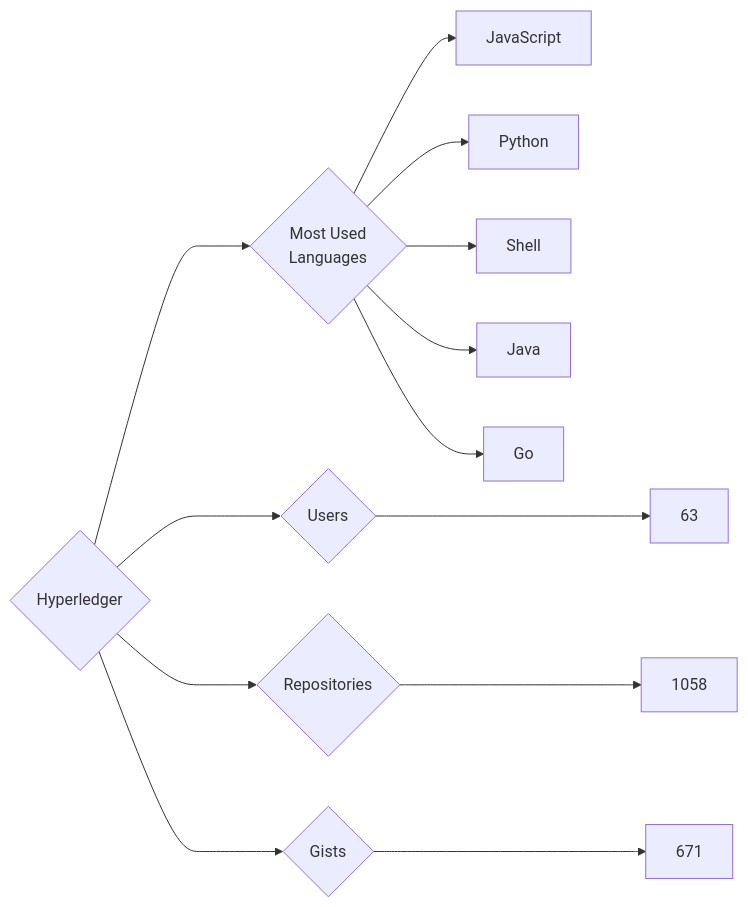
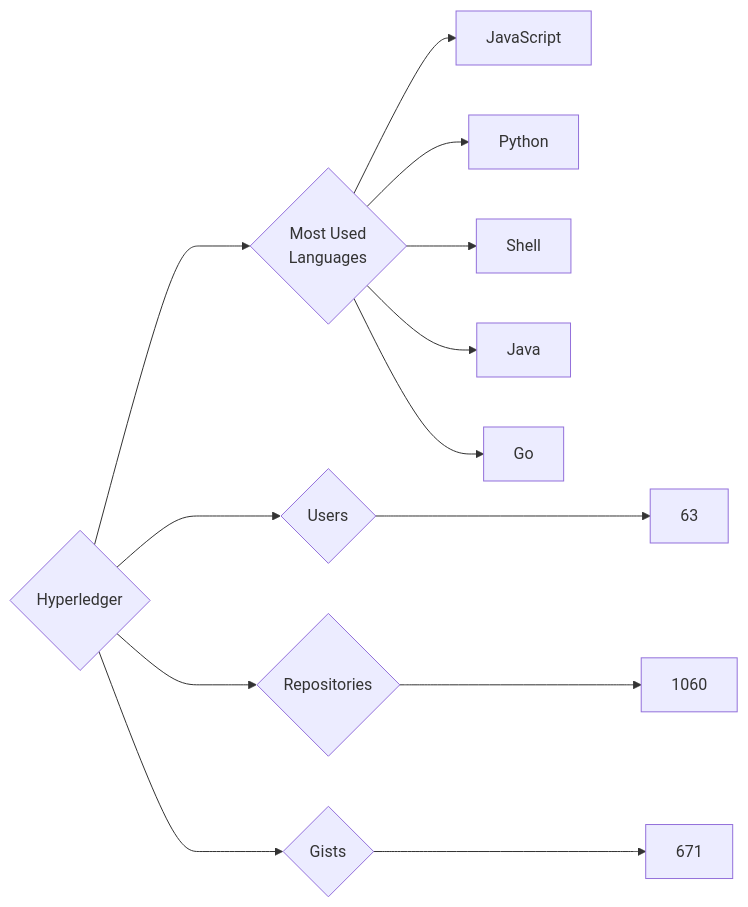
Before and after one commit to trickest/insiders: the diagram in targets/Hyperledger/README.md, drawn with Mermaid. The commit also changed 847 other files, not shown here.

````diff
--- a/targets/Hyperledger/README.md
+++ b/targets/Hyperledger/README.md
@@ -3,13 +3,13 @@
 ```mermaid
 graph LR
 COMPANY_NAME{Hyperledger}
 COMPANY_NAME ---> U{Users} ---> UN[63]
-COMPANY_NAME ---> R{Repositories} ---> RN[1058]
+COMPANY_NAME ---> R{Repositories} ---> RN[1060]
 COMPANY_NAME ---> G{Gists} ---> GN[671]
 COMPANY_NAME ---> ML{Most Used<br>Languages}
 ML --> JavaScript[JavaScript]
 ML --> Python[Python]
 ML --> Shell[Shell]
 ML --> Java[Java]
 ML --> Go[Go]
 ```
````
